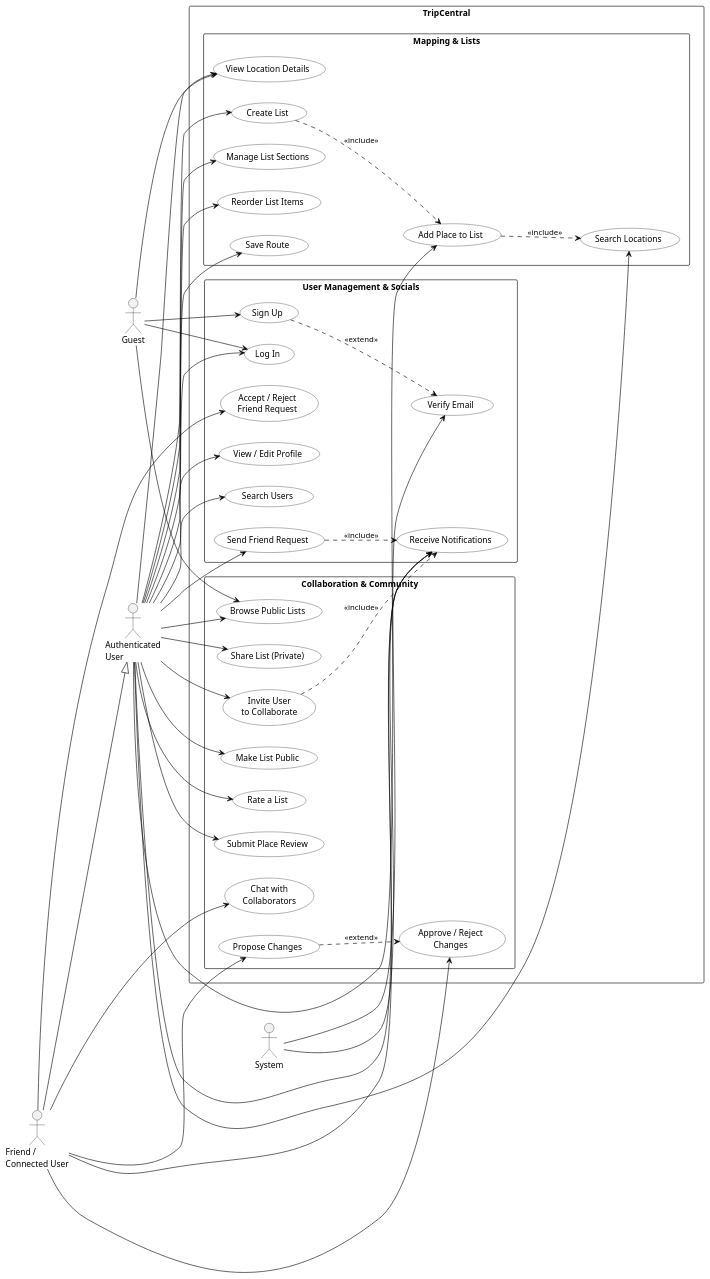
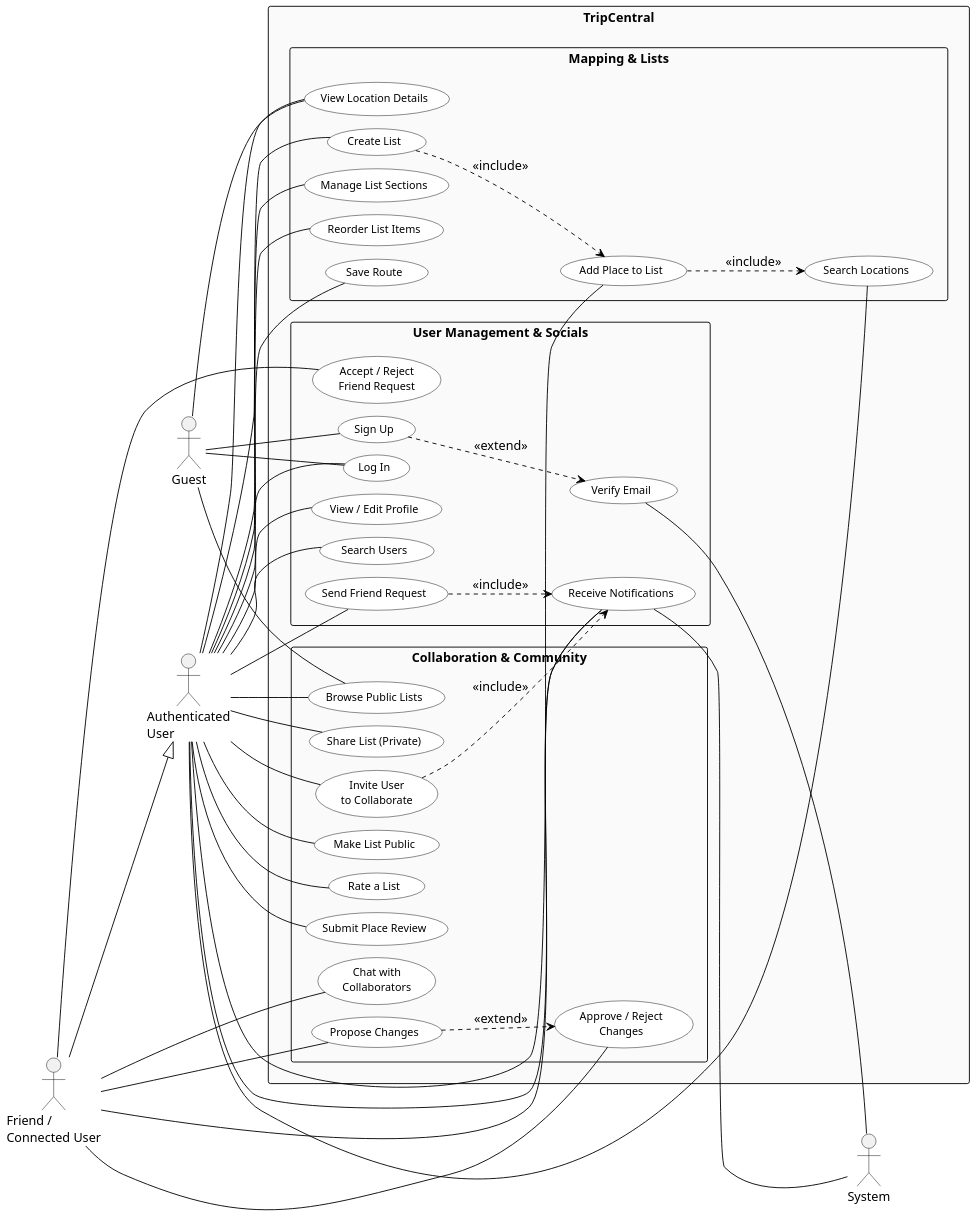
Before and after one commit to Rafee-M/TripCentral: the diagram in docs/use-case-diagram.md, drawn with PlantUML. The commit also changed other lines of this file, not shown here.

Commit message:
Reorganize use case diagram: actors on left/right, clear non-colliding arrows, A3 print scale

````diff
--- a/docs/use-case-diagram.md
+++ b/docs/use-case-diagram.md
@@ -67,25 +67,38 @@
 @startuml TripCentral_UseCaseDiagram
 
 left to right direction
+scale 1.5
 
 skinparam packageStyle rectangle
 skinparam usecaseBackgroundColor White
 skinparam usecaseBorderColor Black
 skinparam rectangleBorderColor Black
 skinparam rectangleBackgroundColor White
+skinparam packageBorderColor Black
+skinparam packageBackgroundColor #FAFAFA
 skinparam arrowColor Black
 skinparam actorBorderColor Black
+skinparam defaultFontSize 14
+skinparam usecaseFontSize 12
+skinparam actorFontSize 14
+skinparam nodesep 14
+skinparam ranksep 50
 
-' ── Actors (stick figures) ──────────────────────────────
+' ══════════════════════════════════════════════════════════
+' LEFT ACTORS  (Primary / Secondary — Human)
+' ══════════════════════════════════════════════════════════
 actor "Guest" as Guest
 actor "Authenticated\nUser" as AuthUser
 actor "Friend /\nConnected User" as Friend
-actor "System" as System
 
-' ── System Boundary ─────────────────────────────────────
+' ── Generalization (Friend inherits AuthUser) ──────────
+Friend --|> AuthUser
+
+' ══════════════════════════════════════════════════════════
+' SYSTEM BOUNDARY
+' ══════════════════════════════════════════════════════════
 rectangle "TripCentral" {
 
-  ' ── User Management & Socials ─────────────────────────
   package "User Management & Socials" {
     usecase "Sign Up" as UC1
     usecase "Log In" as UC2
@@ -97,7 +110,6 @@
     usecase "Receive Notifications" as UC8
   }
 
-  ' ── Mapping & Lists ──────────────────────────────────
   package "Mapping & Lists" {
     usecase "Search Locations" as UC9
     usecase "View Location Details" as UC10
@@ -108,7 +120,6 @@
     usecase "Save Route" as UC15
   }
 
-  ' ── Collaboration & Community ─────────────────────────
   package "Collaboration & Community" {
     usecase "Share List (Private)" as UC16
     usecase "Invite User\nto Collaborate" as UC17
@@ -122,53 +133,57 @@
   }
 }
 
-' ── Guest Associations ──────────────────────────────────
-Guest --> UC1
-Guest --> UC2
-Guest --> UC22
-Guest --> UC10
+' ══════════════════════════════════════════════════════════
+' RIGHT ACTOR  (Automated)
+' ══════════════════════════════════════════════════════════
+actor "System" as System
 
-' ── Authenticated User Associations ─────────────────────
-AuthUser --> UC2
-AuthUser --> UC4
-AuthUser --> UC5
-AuthUser --> UC6
-AuthUser --> UC8
-AuthUser --> UC9
-AuthUser --> UC10
-AuthUser --> UC11
-AuthUser --> UC12
-AuthUser --> UC13
-AuthUser --> UC14
-AuthUser --> UC15
-AuthUser --> UC16
-AuthUser --> UC17
-AuthUser --> UC21
-AuthUser --> UC22
-AuthUser --> UC23
-AuthUser --> UC24
+' ── Guest Associations ─────────────────────────────────
+Guest -- UC1
+Guest -- UC2
+Guest -- UC10
+Guest -- UC22
 
-' ── Friend / Connected User Associations ────────────────
-Friend --> UC7
-Friend --> UC8
-Friend --> UC18
-Friend --> UC19
-Friend --> UC20
+' ── Authenticated User Associations ────────────────────
+AuthUser -- UC2
+AuthUser -- UC4
+AuthUser -- UC5
+AuthUser -- UC6
+AuthUser -- UC8
+AuthUser -- UC9
+AuthUser -- UC10
+AuthUser -- UC11
+AuthUser -- UC12
+AuthUser -- UC13
+AuthUser -- UC14
+AuthUser -- UC15
+AuthUser -- UC16
+AuthUser -- UC17
+AuthUser -- UC21
+AuthUser -- UC22
+AuthUser -- UC23
+AuthUser -- UC24
 
-' ── System Associations ─────────────────────────────────
-System --> UC3
-System --> UC8
+' ── Friend / Connected User Associations ───────────────
+Friend -- UC7
+Friend -- UC8
+Friend -- UC18
+Friend -- UC19
+Friend -- UC20
 
-' ── Relationships ───────────────────────────────────────
-UC1 ..> UC3 : <<extend>>
+' ── System Associations (from right side) ──────────────
+UC3 -- System
+UC8 -- System
+
+' ── <<include>> Relationships ──────────────────────────
 UC11 ..> UC12 : <<include>>
-UC12 ..> UC9 : <<include>>
-UC17 ..> UC8 : <<include>>
-UC6 ..> UC8 : <<include>>
+UC12 ..> UC9  : <<include>>
+UC17 ..> UC8  : <<include>>
+UC6  ..> UC8  : <<include>>
+
+' ── <<extend>> Relationships ──────────────────────────
+UC1  ..> UC3  : <<extend>>
 UC19 ..> UC20 : <<extend>>
-
-' ── Generalization ──────────────────────────────────────
-Friend --|> AuthUser
 
 @enduml
 ```
````
